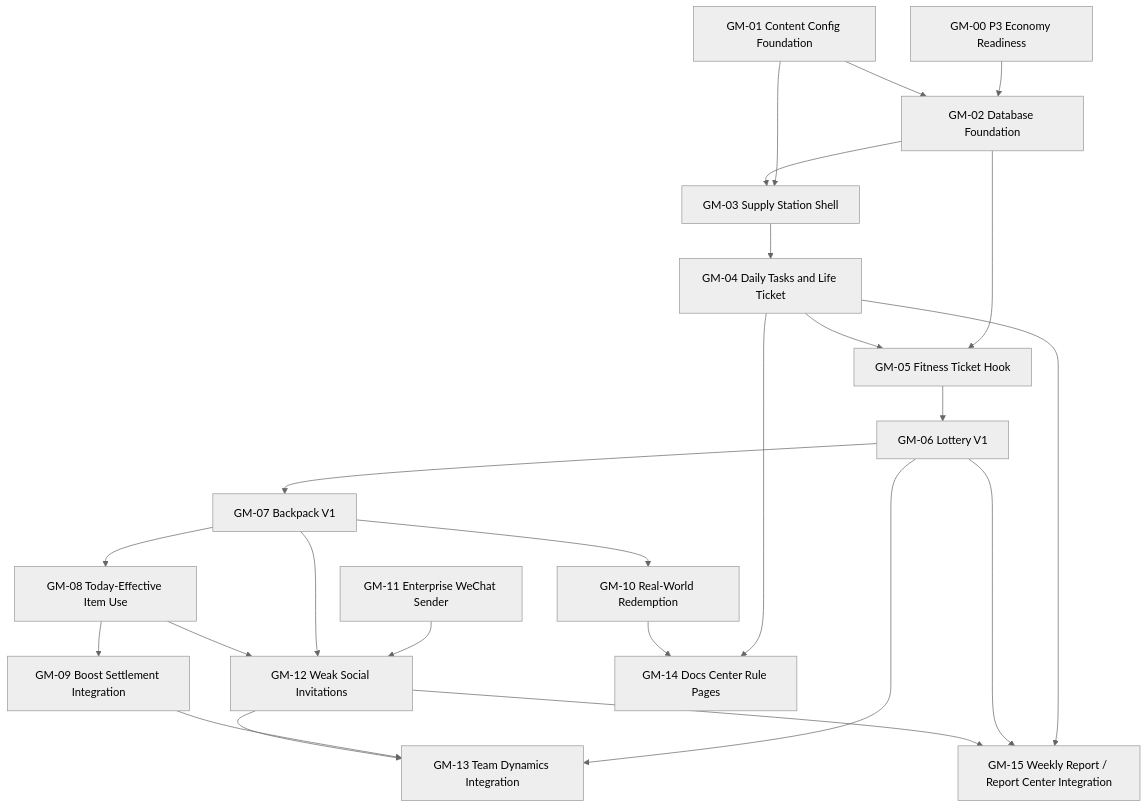
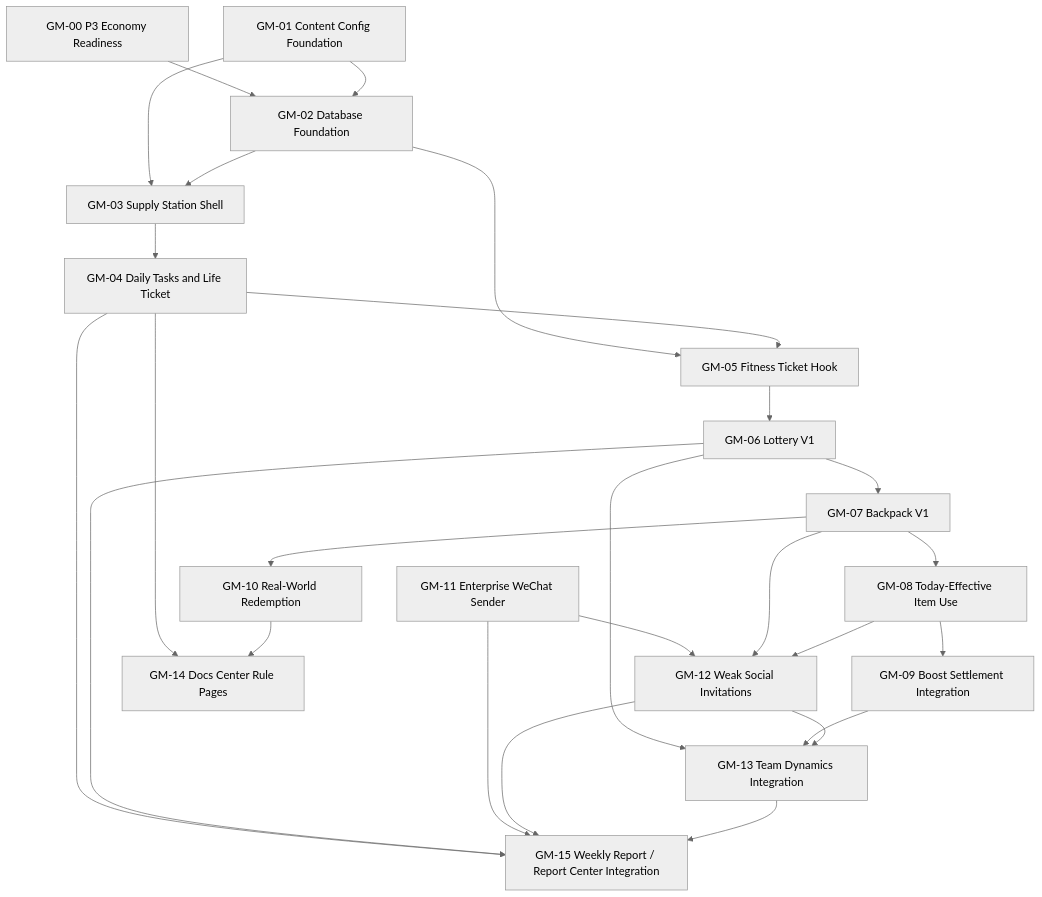
One commit to vincent19951222/share-project changed the second of 2 diagrams in docs/superpowers/plans/2026-04-25-gamification-story-roadmap.md. Above: the diagram before and after it, drawn with Mermaid (neutral theme). The commit also changed other lines of this file and 12 other files, not shown here.

````diff
--- a/docs/superpowers/plans/2026-04-25-gamification-story-roadmap.md
+++ b/docs/superpowers/plans/2026-04-25-gamification-story-roadmap.md
@@ -89,26 +89,28 @@
 ```mermaid
 flowchart TD
   GM00["GM-00 P3 Economy Readiness"] --> GM02["GM-02 Database Foundation"]
   GM01["GM-01 Content Config Foundation"] --> GM02
   GM01 --> GM03["GM-03 Supply Station Shell"]
   GM02 --> GM03
   GM03 --> GM04["GM-04 Daily Tasks and Life Ticket"]
   GM02 --> GM05["GM-05 Fitness Ticket Hook"]
   GM04 --> GM05
   GM05 --> GM06["GM-06 Lottery V1"]
   GM06 --> GM07["GM-07 Backpack V1"]
   GM07 --> GM08["GM-08 Today-Effective Item Use"]
   GM08 --> GM09["GM-09 Boost Settlement Integration"]
   GM07 --> GM10["GM-10 Real-World Redemption"]
   GM11["GM-11 Enterprise WeChat Sender"] --> GM12["GM-12 Weak Social Invitations"]
   GM07 --> GM12
   GM08 --> GM12
   GM06 --> GM13["GM-13 Team Dynamics Integration"]
   GM09 --> GM13
   GM12 --> GM13
   GM04 --> GM14["GM-14 Docs Center Rule Pages"]
   GM10 --> GM14
   GM04 --> GM15["GM-15 Weekly Report / Report Center Integration"]
   GM06 --> GM15
+  GM11 --> GM15
   GM12 --> GM15
+  GM13 --> GM15
 ```
````
